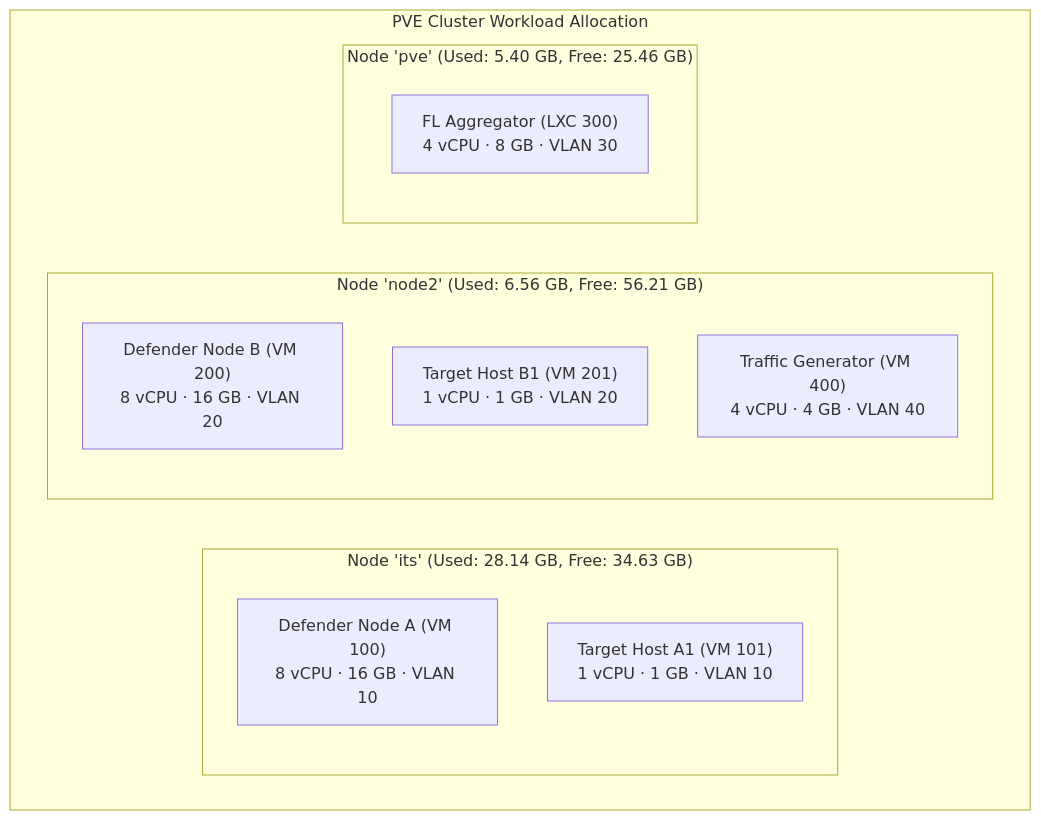
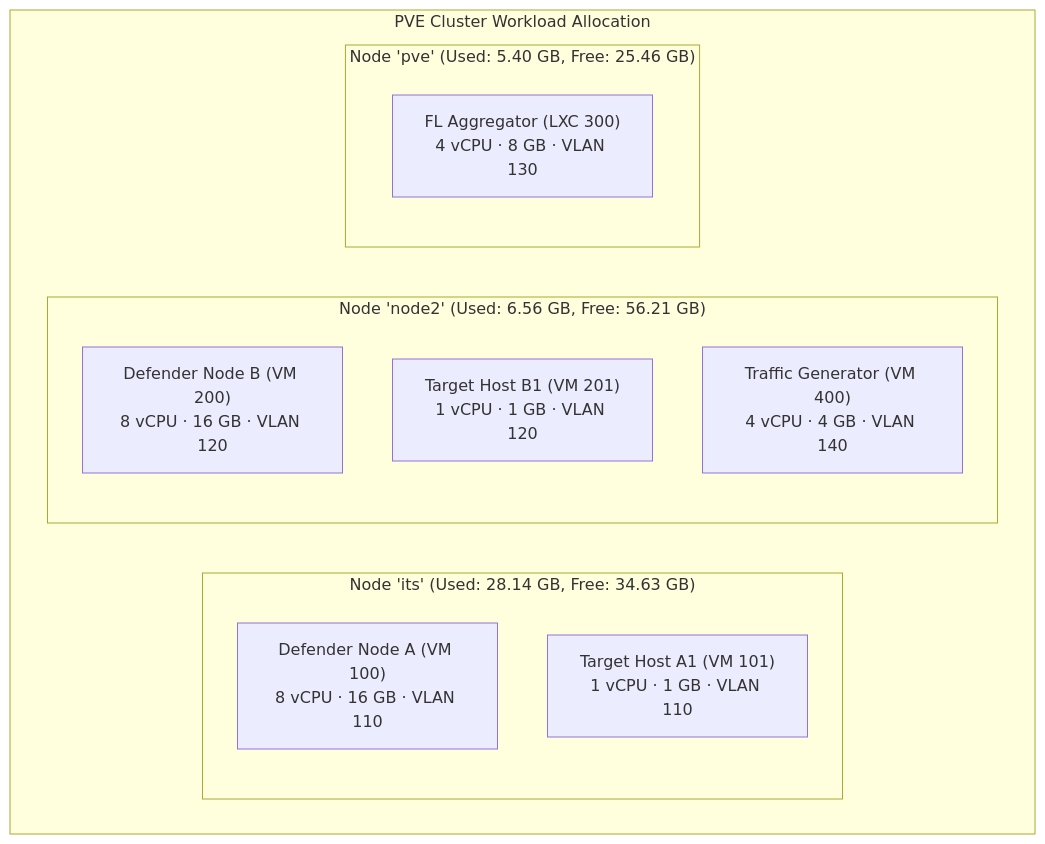
Before and after one commit to rhaffle87/fl-cl: the diagram in docs/03_workarounds.md, drawn with Mermaid. The commit also changed other lines of this file and 10 other files, not shown here.

````diff
--- a/docs/03_workarounds.md
+++ b/docs/03_workarounds.md
@@ -52,19 +52,19 @@
 ```mermaid
 graph TD
     subgraph allocation ["PVE Cluster Workload Allocation"]
         subgraph node_its ["Node 'its' (Used: 28.14 GB, Free: 34.63 GB)"]
-            clientA["Defender Node A (VM 100)<br/>8 vCPU · 16 GB · VLAN 10"]
-            targetA["Target Host A1 (VM 101)<br/>1 vCPU · 1 GB · VLAN 10"]
+            clientA["Defender Node A (VM 100)<br/>8 vCPU · 16 GB · VLAN 110"]
+            targetA["Target Host A1 (VM 101)<br/>1 vCPU · 1 GB · VLAN 110"]
         end
 
         subgraph node_node2 ["Node 'node2' (Used: 6.56 GB, Free: 56.21 GB)"]
-            clientB["Defender Node B (VM 200)<br/>8 vCPU · 16 GB · VLAN 20"]
-            targetB["Target Host B1 (VM 201)<br/>1 vCPU · 1 GB · VLAN 20"]
-            trafficGen["Traffic Generator (VM 400)<br/>4 vCPU · 4 GB · VLAN 40"]
+            clientB["Defender Node B (VM 200)<br/>8 vCPU · 16 GB · VLAN 120"]
+            targetB["Target Host B1 (VM 201)<br/>1 vCPU · 1 GB · VLAN 120"]
+            trafficGen["Traffic Generator (VM 400)<br/>4 vCPU · 4 GB · VLAN 140"]
         end
 
         subgraph node_pve ["Node 'pve' (Used: 5.40 GB, Free: 25.46 GB)"]
-            aggregator["FL Aggregator (LXC 300)<br/>4 vCPU · 8 GB · VLAN 30"]
+            aggregator["FL Aggregator (LXC 300)<br/>4 vCPU · 8 GB · VLAN 130"]
         end
     end
 ```
````
